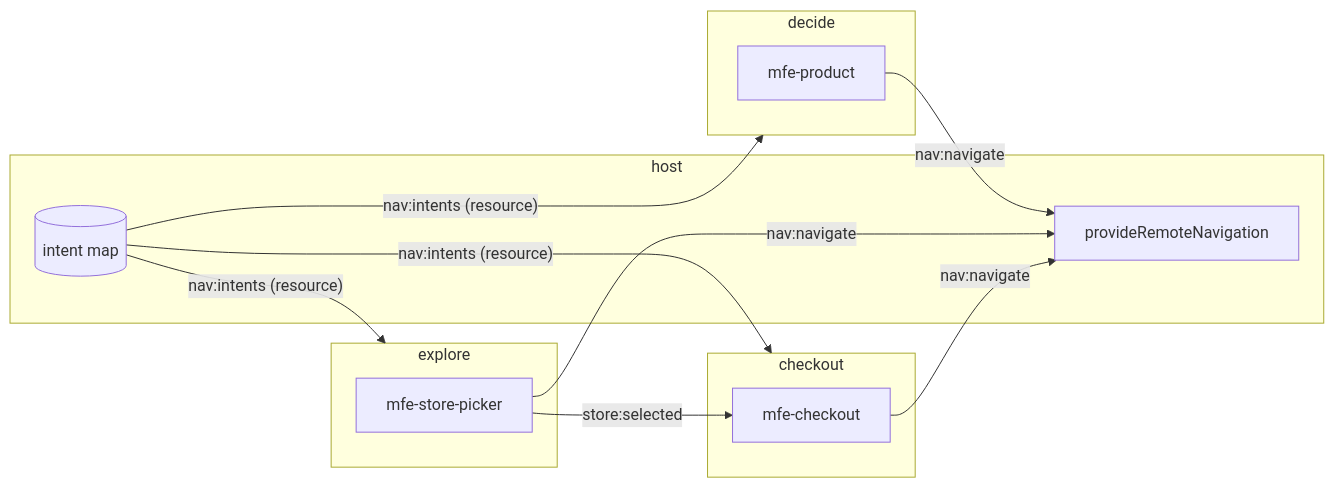
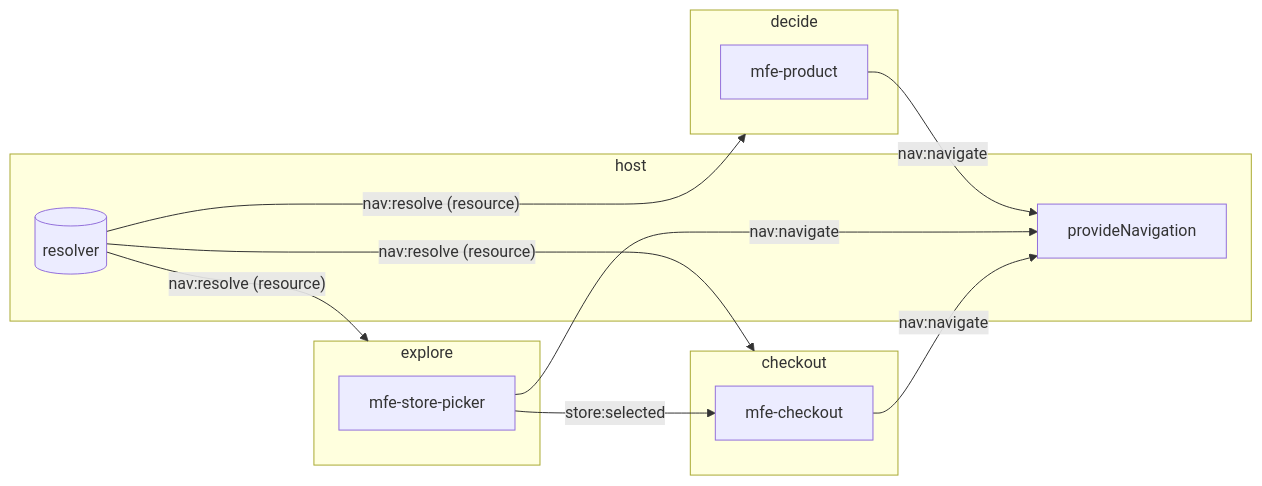
One commit to native-federation/playground changed the third of 4 diagrams in angular/tractor-store/docs/architecture.md. Above: the diagram before and after it, drawn with Mermaid. The commit also changed other lines of this file, not shown here.

Commit message:
docs(tractor-store): update architecture.md for per-app flow and contracts

````diff
--- a/angular/tractor-store/docs/architecture.md
+++ b/angular/tractor-store/docs/architecture.md
@@ -288,24 +294,24 @@
 ```mermaid
 flowchart LR
     subgraph Host["host"]
-        SN[provideRemoteNavigation]
-        NR[(intent map)]
+        SN[provideNavigation]
+        NR[(resolver)]
     end
     subgraph Explore["explore"]
         SP[mfe-store-picker]
     end
     subgraph Decide["decide"]
         PD[mfe-product]
     end
     subgraph Checkout["checkout"]
         CO[mfe-checkout]
     end
 
     PD -- "nav:navigate" --> SN
     SP -- "nav:navigate" --> SN
     CO -- "nav:navigate" --> SN
-    NR -- "nav:intents (resource)" --> Explore
-    NR -- "nav:intents (resource)" --> Decide
-    NR -- "nav:intents (resource)" --> Checkout
+    NR -- "nav:resolve (resource)" --> Explore
+    NR -- "nav:resolve (resource)" --> Decide
+    NR -- "nav:resolve (resource)" --> Checkout
     SP -- "store:selected" --> CO
 ```
````
